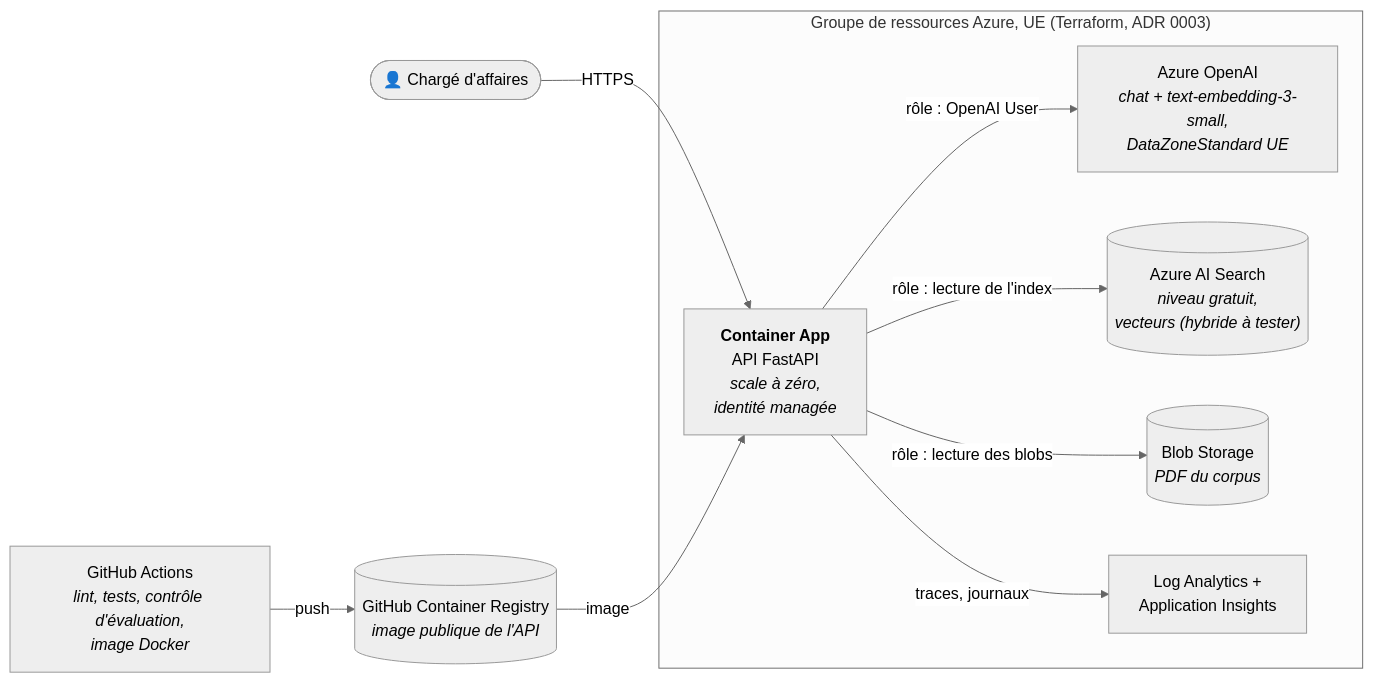
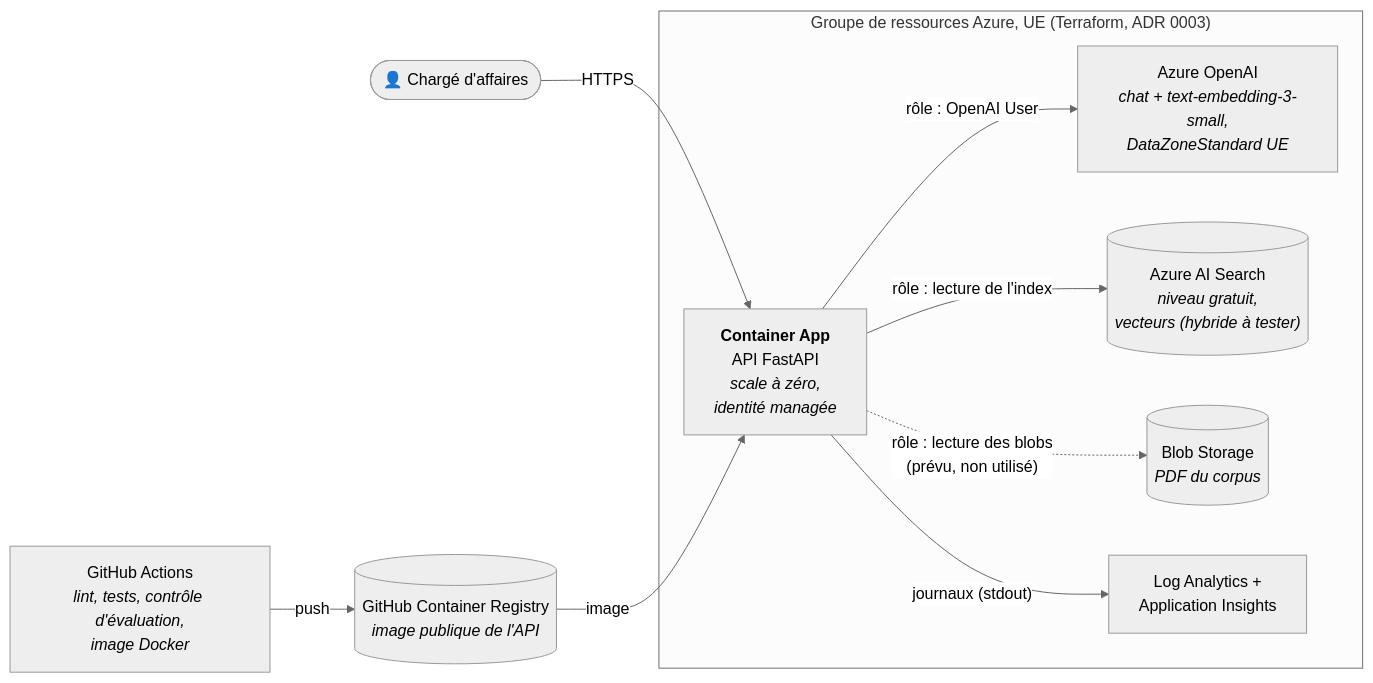
One commit to TabarBaptiste/publifin-copilot changed the third of 5 diagrams in docs/architecture.md. Above: the diagram before and after it, drawn with Mermaid (neutral theme). The commit also changed other lines of this file and 3 other files, not shown here.

Commit message:
docs: record Azure free trial findings, fix architecture notes, store vectors once in AI Search

````diff
--- a/docs/architecture.md
+++ b/docs/architecture.md
@@ -67,22 +67,22 @@
 ```mermaid
 flowchart LR
     ca(["👤 Chargé d'affaires"])
     gh["GitHub Actions<br/><i>lint, tests, contrôle d'évaluation,<br/>image Docker</i>"]
     ghcr[("GitHub Container Registry<br/><i>image publique de l'API</i>")]
 
     subgraph rg["Groupe de ressources Azure, UE (Terraform, ADR 0003)"]
         aca["<b>Container App</b><br/>API FastAPI<br/><i>scale à zéro,<br/>identité managée</i>"]
         aoai["Azure OpenAI<br/><i>chat + text-embedding-3-small,<br/>DataZoneStandard UE</i>"]
         search[("Azure AI Search<br/><i>niveau gratuit,<br/>vecteurs (hybride à tester)</i>")]
         blob[("Blob Storage<br/><i>PDF du corpus</i>")]
         obs["Log Analytics +<br/>Application Insights"]
     end
 
     ca -- "HTTPS" --> aca
     gh -- "push" --> ghcr
     ghcr -- "image" --> aca
     aca -- "rôle : OpenAI User" --> aoai
     aca -- "rôle : lecture de l'index" --> search
-    aca -- "rôle : lecture des blobs" --> blob
-    aca -- "traces, journaux" --> obs
+    aca -. "rôle : lecture des blobs<br/>(prévu, non utilisé)" .-> blob
+    aca -- "journaux (stdout)" --> obs
 ```
````
